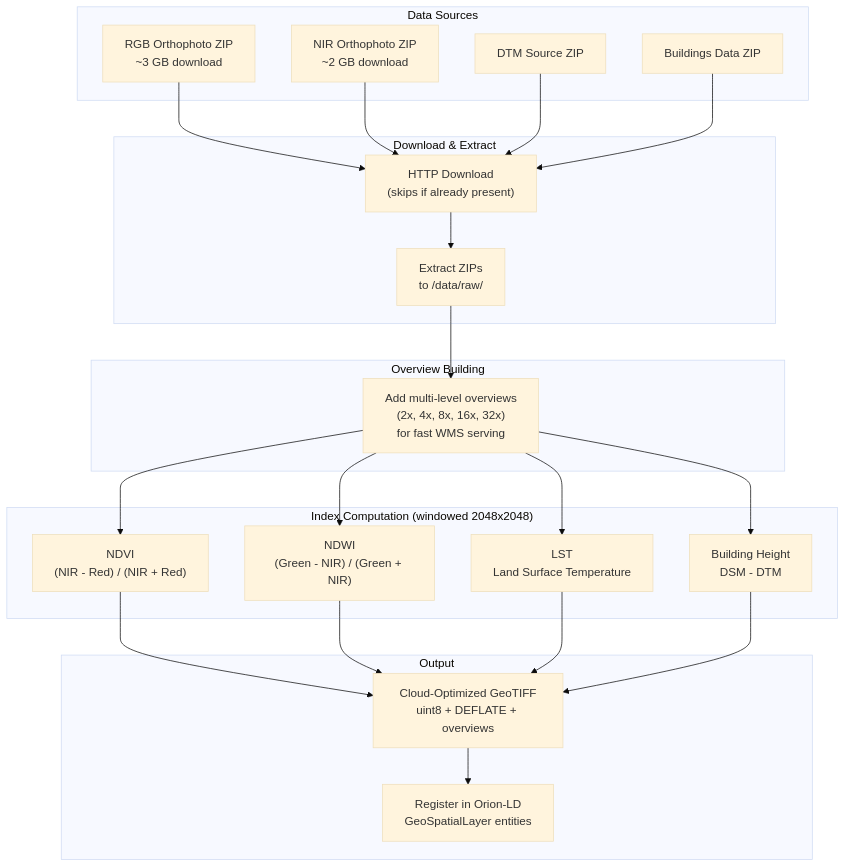
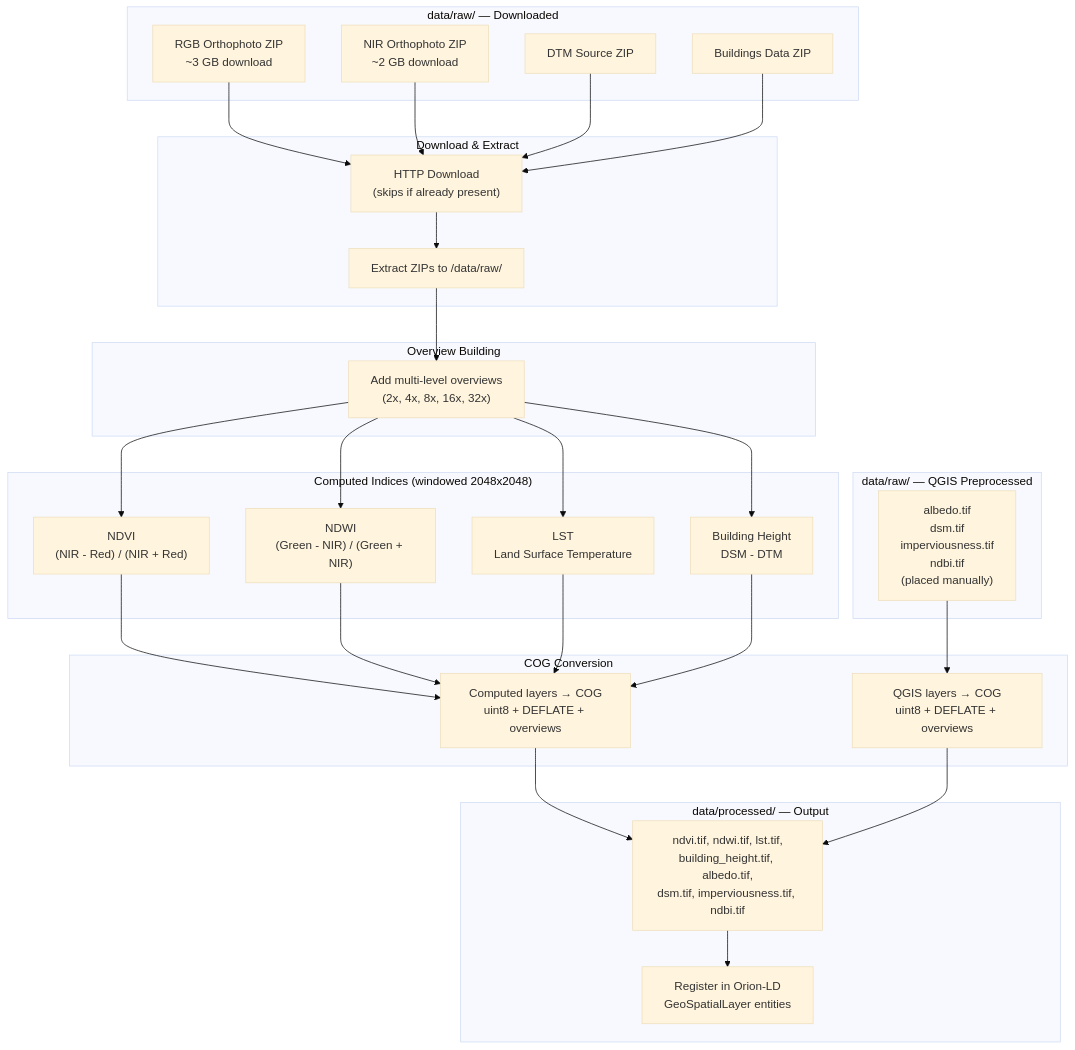
One commit to TsukaOne/uhi-fiware-poc changed the diagram in services/ingestion/README.md. Above: the diagram before and after it, drawn with Mermaid (base theme). The commit also changed other lines of this file and 6 other files, not shown here.

Commit message:
Refactor data handling and update documentation: Move QGIS preprocessed files to data/raw, adjust README instructions, and enhance ingestion service to convert QGIS layers to COG format.

````diff
--- a/services/ingestion/README.md
+++ b/services/ingestion/README.md
@@ -7,34 +7,45 @@
 ```mermaid
 flowchart TB
-    subgraph "Data Sources"
+    subgraph "data/raw/ — Downloaded"
         RGB_ZIP["RGB Orthophoto ZIP<br/>~3 GB download"]
         NIR_ZIP["NIR Orthophoto ZIP<br/>~2 GB download"]
         DTM_ZIP["DTM Source ZIP"]
         BLDG_ZIP["Buildings Data ZIP"]
     end
 
+    subgraph "data/raw/ — QGIS Preprocessed"
+        QGIS["albedo.tif<br/>dsm.tif<br/>imperviousness.tif<br/>ndbi.tif<br/>(placed manually)"]
+    end
+
     subgraph "Download & Extract"
         DL["HTTP Download<br/>(skips if already present)"]
-        EX["Extract ZIPs<br/>to /data/raw/"]
+        EX["Extract ZIPs to /data/raw/"]
     end
 
     subgraph "Overview Building"
-        OV["Add multi-level overviews<br/>(2x, 4x, 8x, 16x, 32x)<br/>for fast WMS serving"]
+        OV["Add multi-level overviews<br/>(2x, 4x, 8x, 16x, 32x)"]
     end
 
-    subgraph "Index Computation (windowed 2048x2048)"
+    subgraph "Computed Indices (windowed 2048x2048)"
         NDVI["NDVI<br/>(NIR - Red) / (NIR + Red)"]
         NDWI["NDWI<br/>(Green - NIR) / (Green + NIR)"]
         LST["LST<br/>Land Surface Temperature"]
         BH["Building Height<br/>DSM - DTM"]
     end
 
-    subgraph "Output"
-        COG["Cloud-Optimized GeoTIFF<br/>uint8 + DEFLATE + overviews"]
+    subgraph "COG Conversion"
+        COG_COMP["Computed layers → COG<br/>uint8 + DEFLATE + overviews"]
+        COG_QGIS["QGIS layers → COG<br/>uint8 + DEFLATE + overviews"]
+    end
+
+    subgraph "data/processed/ — Output"
+        OUT["ndvi.tif, ndwi.tif, lst.tif,<br/>building_height.tif, albedo.tif,<br/>dsm.tif, imperviousness.tif, ndbi.tif"]
         REG["Register in Orion-LD<br/>GeoSpatialLayer entities"]
     end
 
     RGB_ZIP & NIR_ZIP & DTM_ZIP & BLDG_ZIP --> DL --> EX --> OV
     OV --> NDVI & NDWI & LST & BH
-    NDVI & NDWI & LST & BH --> COG --> REG
+    NDVI & NDWI & LST & BH --> COG_COMP
+    QGIS --> COG_QGIS
+    COG_COMP & COG_QGIS --> OUT --> REG
 ```
````
